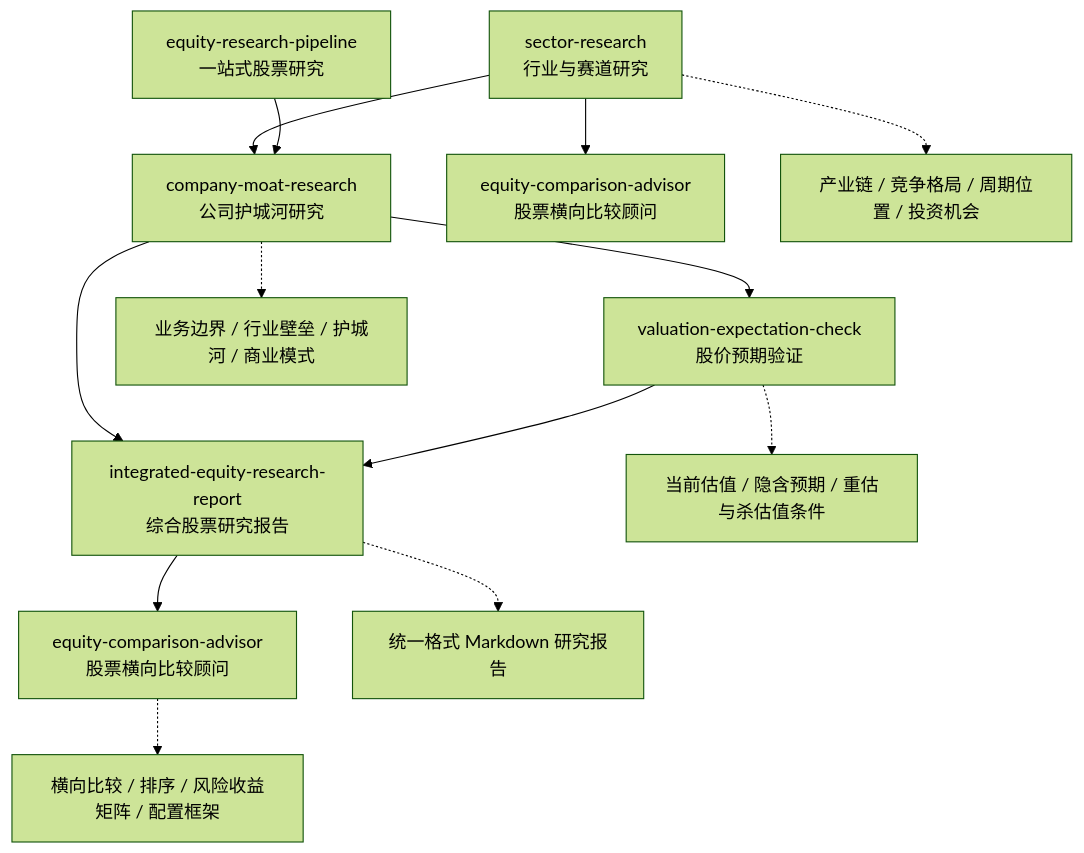
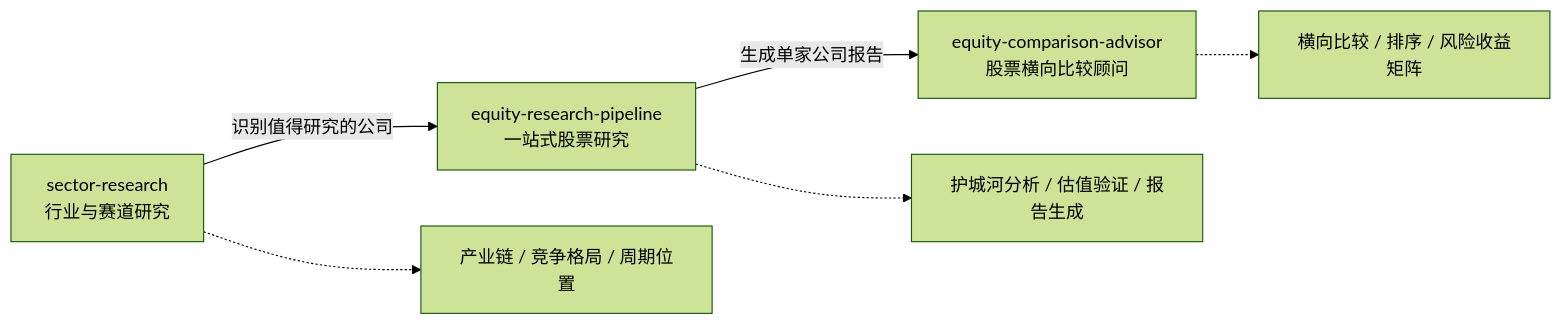
One commit to vampire-locker/investment-research-skills changed the diagram in README.md. Above: the diagram before and after it, drawn with Mermaid (forest theme). The commit also changed other lines of this file and 1 other file, not shown here.

Commit message:
docs(README): 简化工作流图为三阶段 LR 流向（赛道→公司→比较），消除重复节点和冗余连线

````diff
--- a/README.md
+++ b/README.md
@@ -71,16 +73,9 @@
 ```mermaid
-flowchart TD
-    S["sector-research<br/>行业与赛道研究"] --> A["company-moat-research<br/>公司护城河研究"]
-    S --> P["equity-comparison-advisor<br/>股票横向比较顾问"]
-    A --> B["valuation-expectation-check<br/>股价预期验证"]
-    A --> C["integrated-equity-research-report<br/>综合股票研究报告"]
-    B --> C
-    P2["equity-research-pipeline<br/>一站式股票研究"] --> A
-    C --> G["equity-comparison-advisor<br/>股票横向比较顾问"]
+flowchart LR
+    S["sector-research<br/>行业与赛道研究"] --> |"识别值得研究的公司"| P["equity-research-pipeline<br/>一站式股票研究"]
+    P --> |"生成单家公司报告"| G["equity-comparison-advisor<br/>股票横向比较顾问"]
 
-    S -.-> I["产业链 / 竞争格局 / 周期位置 / 投资机会"]
-    A -.-> D["业务边界 / 行业壁垒 / 护城河 / 商业模式"]
-    B -.-> E["当前估值 / 隐含预期 / 重估与杀估值条件"]
-    C -.-> F["统一格式 Markdown 研究报告"]
-    G -.-> H["横向比较 / 排序 / 风险收益矩阵 / 配置框架"]
+    S -.-> I["产业链 / 竞争格局 / 周期位置"]
+    P -.-> D["护城河分析 / 估值验证 / 报告生成"]
+    G -.-> H["横向比较 / 排序 / 风险收益矩阵"]
 ```
````
